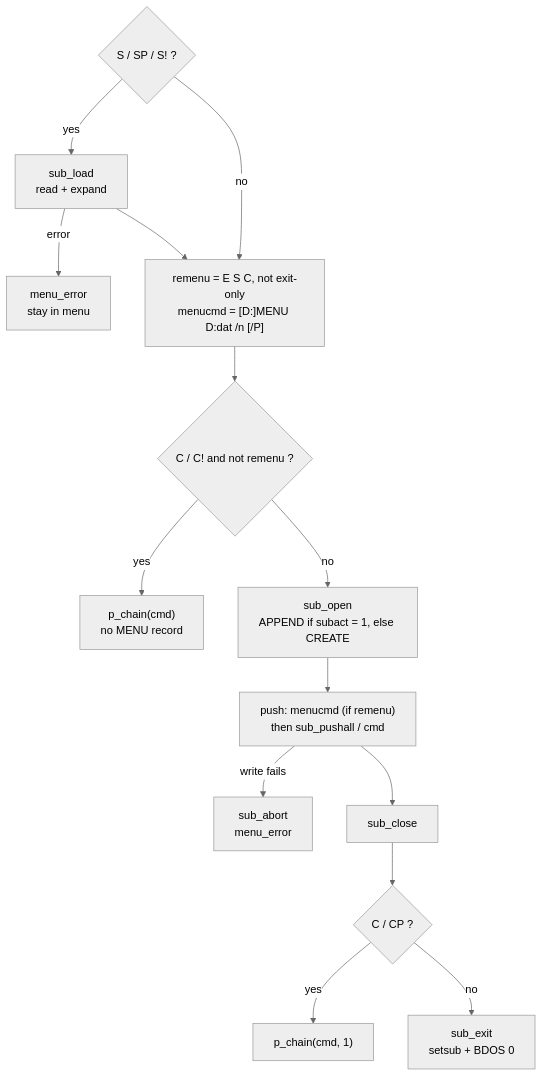
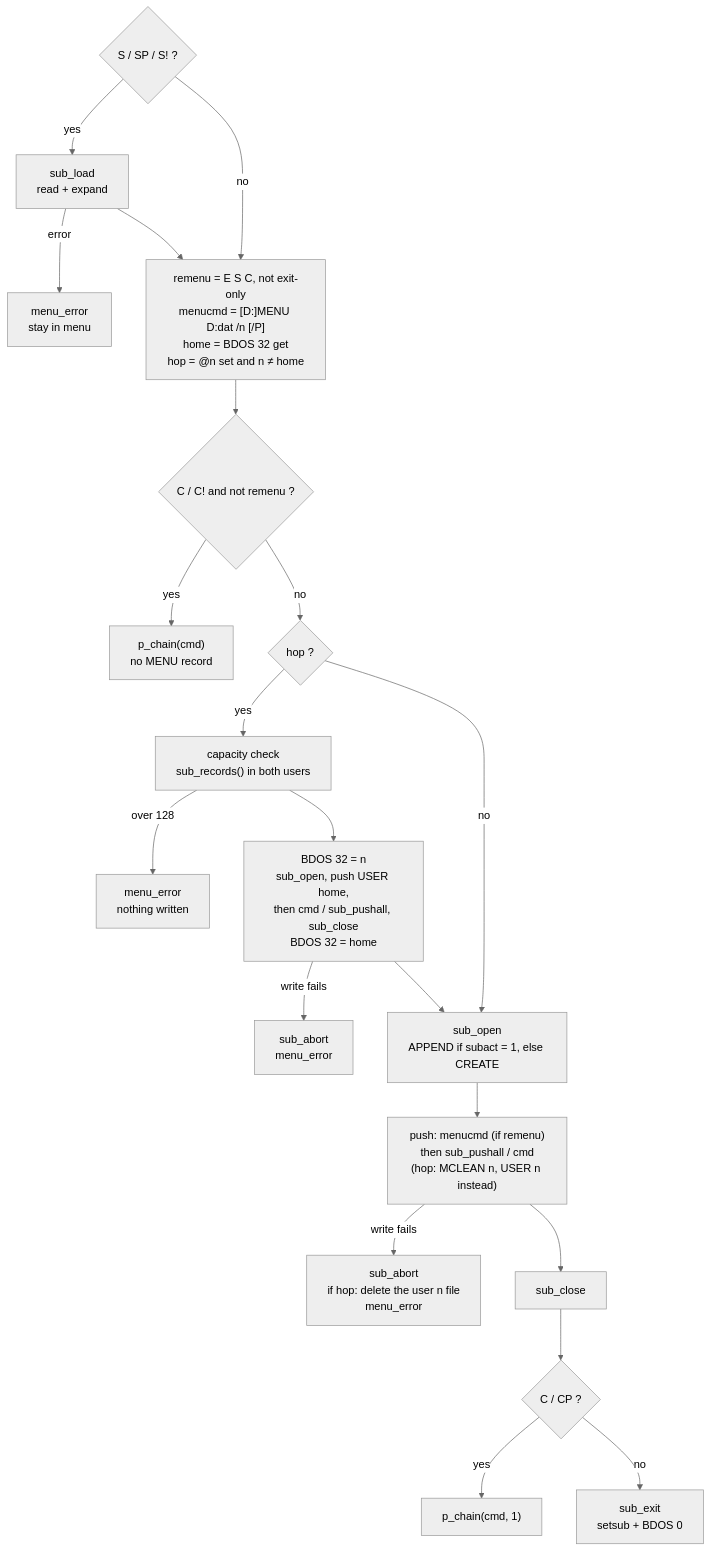
The fourth of 5 diagrams in implementation.md (tsupplis/cpm86-menu), drawn with Mermaid (neutral theme) before and after one commit. The commit also changed other lines of this file and 1 other file, not shown here.

````diff
--- a/implementation.md
+++ b/implementation.md
@@ -84,16 +97,22 @@
 ```mermaid
 flowchart TD
     S0{"S / SP / S! ?"} -- yes --> RS["sub_load<br/>read + expand"]
     RS -- error --> ER["menu_error<br/>stay in menu"]
     RS --> M1
-    S0 -- no --> M1["remenu = E S C, not exit-only<br/>menucmd = [D:]MENU D:dat /n [/P]"]
+    S0 -- no --> M1["remenu = E S C, not exit-only<br/>menucmd = [D:]MENU D:dat /n [/P]<br/>home = BDOS 32 get<br/>hop = @n set and n ≠ home"]
     M1 --> C0{"C / C! and not remenu ?"}
     C0 -- yes --> CH["p_chain(cmd)<br/>no MENU record"]
-    C0 -- no --> OP["sub_open<br/>APPEND if subact = 1, else CREATE"]
-    OP --> PU["push: menucmd (if remenu)<br/>then sub_pushall / cmd"]
-    PU -- "write fails" --> AB["sub_abort<br/>menu_error"]
+    C0 -- no --> H0{"hop ?"}
+    H0 -- yes --> CK["capacity check<br/>sub_records() in both users"]
+    CK -- "over 128" --> ER2["menu_error<br/>nothing written"]
+    CK --> AL["BDOS 32 = n<br/>sub_open, push USER home,<br/>then cmd / sub_pushall, sub_close<br/>BDOS 32 = home"]
+    AL -- "write fails" --> AB2["sub_abort<br/>menu_error"]
+    AL --> OP
+    H0 -- no --> OP["sub_open<br/>APPEND if subact = 1, else CREATE"]
+    OP --> PU["push: menucmd (if remenu)<br/>then sub_pushall / cmd<br/>(hop: MCLEAN n, USER n instead)"]
+    PU -- "write fails" --> AB["sub_abort<br/>if hop: delete the user n file<br/>menu_error"]
     PU --> CL["sub_close"]
     CL --> W{"C / CP ?"}
     W -- yes --> PC["p_chain(cmd, 1)"]
     W -- no --> SE["sub_exit<br/>setsub + BDOS 0"]
 ```
````
